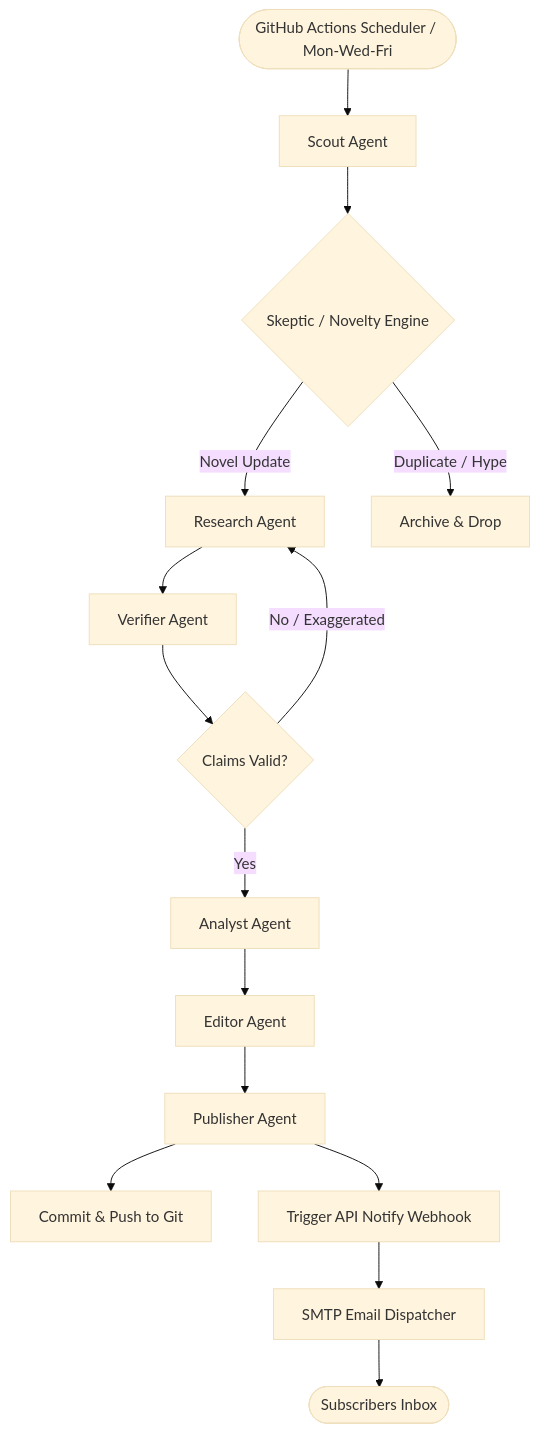
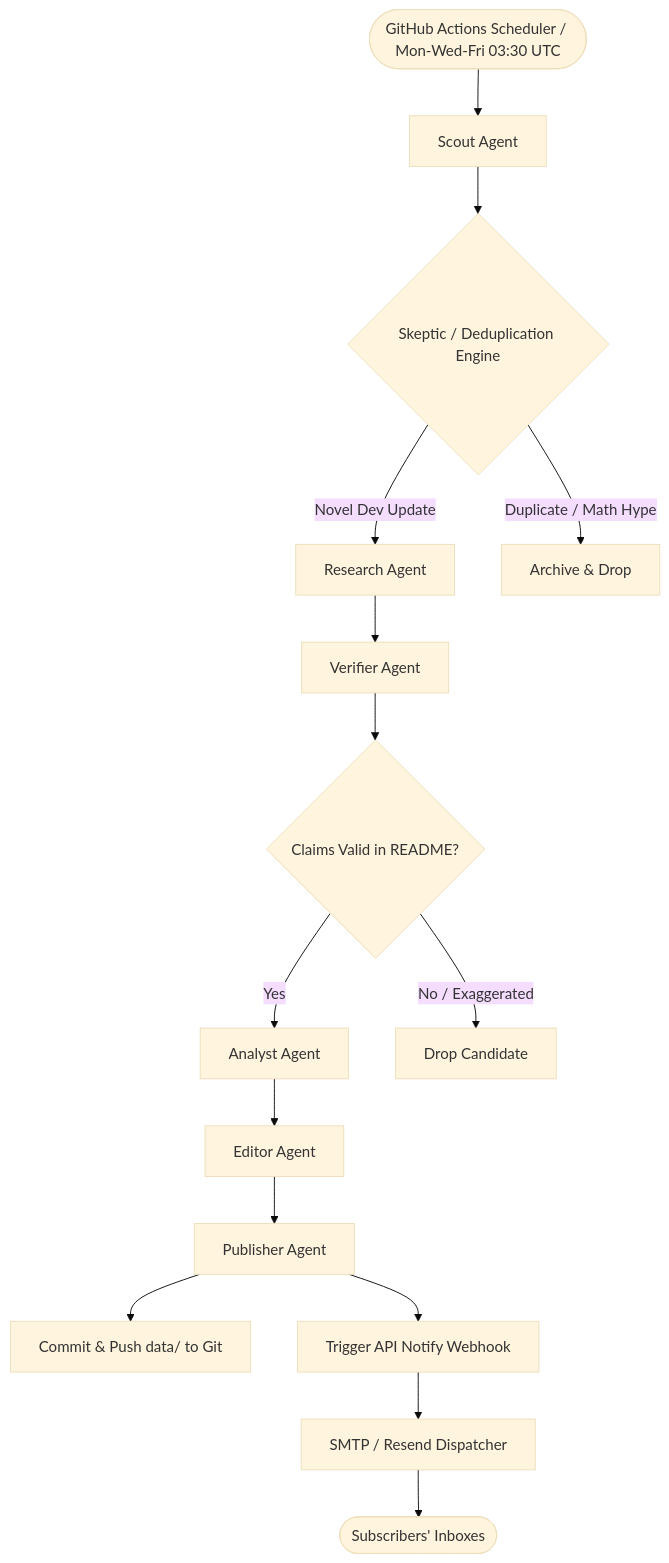
One commit to shlokbam/DailyDiff changed the diagram in README.md. Above: the diagram before and after it, drawn with Mermaid (base theme). The commit also changed other lines of this file and 2 other files, not shown here.

````diff
--- a/README.md
+++ b/README.md
@@ -11,17 +15,17 @@
 ```mermaid
 graph TD
-    Start([GitHub Actions Scheduler / Mon-Wed-Fri]) --> Scout[Scout Agent]
-    Scout --> Deduplicate{Skeptic / Novelty Engine}
-    Deduplicate -- Novel Update --> Research[Research Agent]
-    Deduplicate -- Duplicate / Hype --> Archive[Archive & Drop]
+    Start([GitHub Actions Scheduler / Mon-Wed-Fri 03:30 UTC]) --> Scout[Scout Agent]
+    Scout --> Deduplicate{Skeptic / Deduplication Engine}
+    Deduplicate -- Novel Dev Update --> Research[Research Agent]
+    Deduplicate -- Duplicate / Math Hype --> Archive[Archive & Drop]
     Research --> Verify[Verifier Agent]
-    Verify --> Vet{Claims Valid?}
+    Verify --> Vet{Claims Valid in README?}
     Vet -- Yes --> Analyze[Analyst Agent]
-    Vet -- No / Exaggerated --> Research
+    Vet -- No / Exaggerated --> Drop[Drop Candidate]
     Analyze --> Editor[Editor Agent]
     Editor --> Publisher[Publisher Agent]
-    Publisher --> Push[Commit & Push to Git]
+    Publisher --> GitCommit[Commit & Push data/ to Git]
     Publisher --> Notify[Trigger API Notify Webhook]
-    Notify --> Send[SMTP Email Dispatcher]
-    Send --> End([Subscribers Inbox])
+    Notify --> Send[SMTP / Resend Dispatcher]
+    Send --> End([Subscribers' Inboxes])
 ```
````
